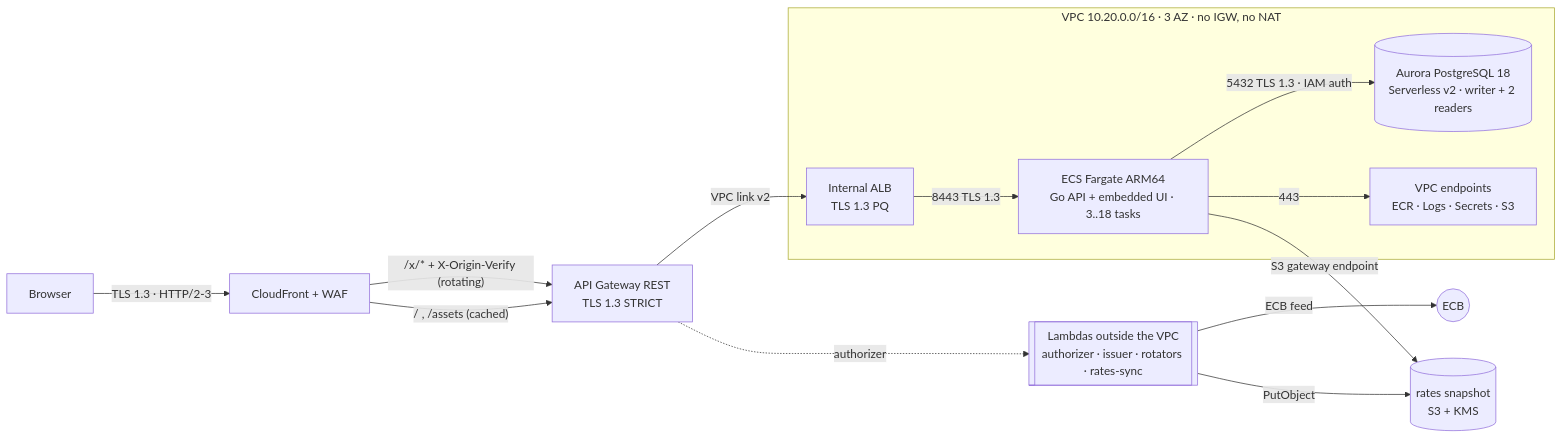
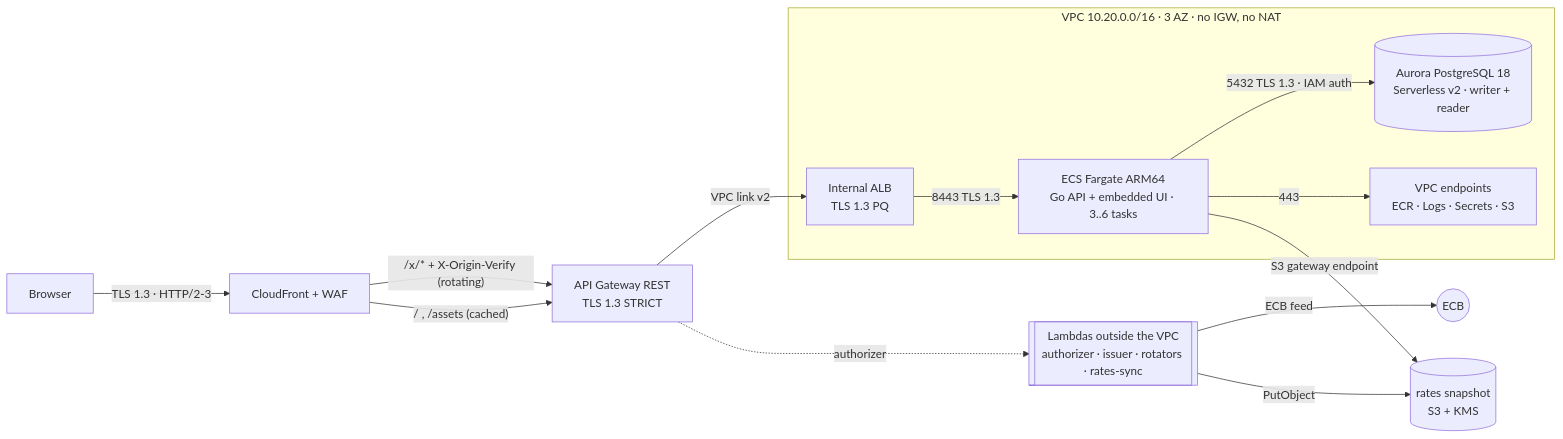
The diagram in README.md (AliBraws/soge), drawn with Mermaid before and after one commit. The commit also changed other lines of this file and 8 other files, not shown here.

````diff
--- a/README.md
+++ b/README.md
@@ -15,16 +15,16 @@
 ```mermaid
 flowchart LR
   U[Browser] -->|TLS 1.3 · HTTP/2-3| CF[CloudFront + WAF]
   CF -->|"/x/* + X-Origin-Verify (rotating)"| GW[API Gateway REST<br/>TLS 1.3 STRICT]
   CF -->|"/ , /assets (cached)"| GW
   GW -.->|authorizer| L[[Lambdas outside the VPC<br/>authorizer · issuer · rotators · rates-sync]]
   subgraph VPC["VPC 10.20.0.0/16 · 3 AZ · no IGW, no NAT"]
-    ALB[Internal ALB<br/>TLS 1.3 PQ] -->|8443 TLS 1.3| API[ECS Fargate ARM64<br/>Go API + embedded UI · 3..18 tasks]
-    API -->|5432 TLS 1.3 · IAM auth| DB[(Aurora PostgreSQL 18<br/>Serverless v2 · writer + 2 readers)]
+    ALB[Internal ALB<br/>TLS 1.3 PQ] -->|8443 TLS 1.3| API[ECS Fargate ARM64<br/>Go API + embedded UI · 3..6 tasks]
+    API -->|5432 TLS 1.3 · IAM auth| DB[(Aurora PostgreSQL 18<br/>Serverless v2 · writer + reader)]
     API -->|443| EP[VPC endpoints<br/>ECR · Logs · Secrets · S3]
   end
   GW -->|VPC link v2| ALB
   L -->|ECB feed| ECB((ECB))
   L -->|PutObject| S3[(rates snapshot<br/>S3 + KMS)]
   API -->|S3 gateway endpoint| S3
 ```
````
